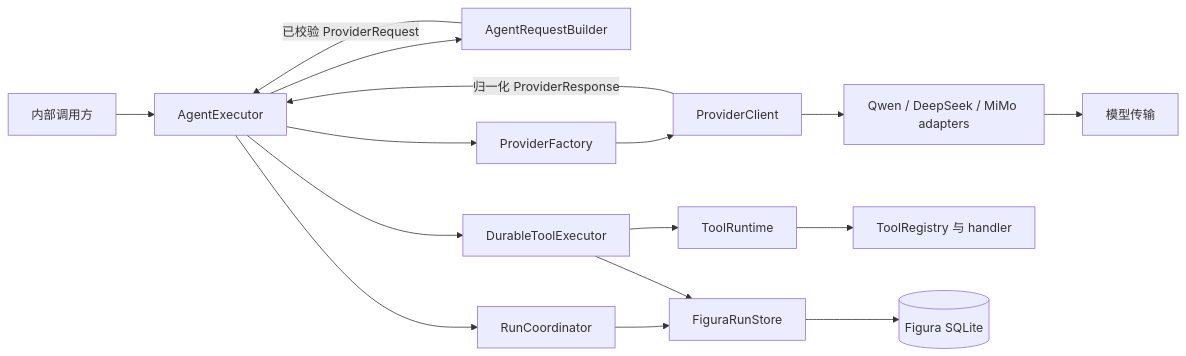
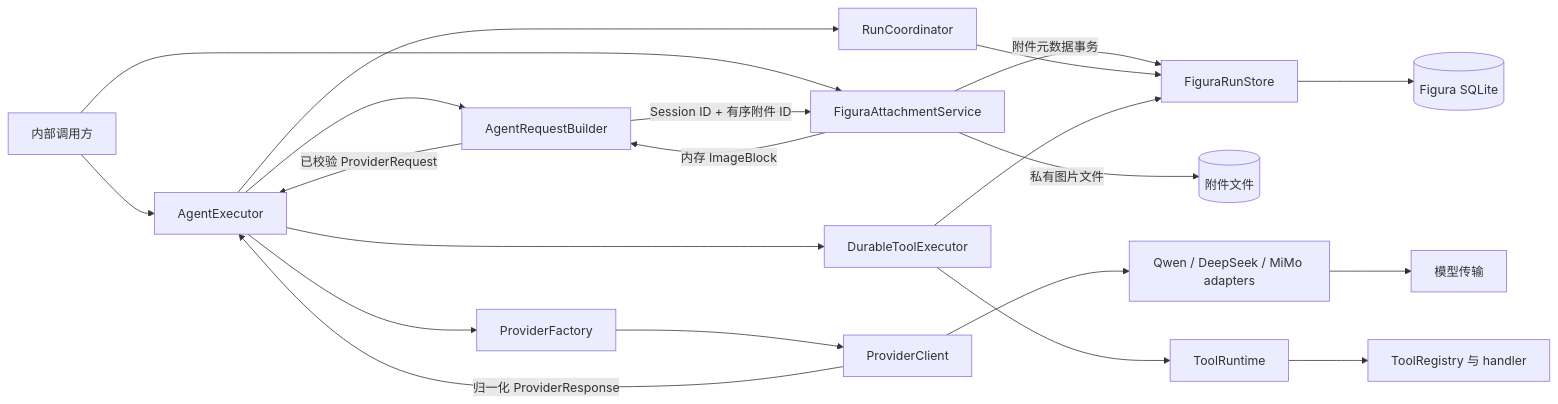
The diagram in docs/figura-implementation-overview.md (YeZibn/Figura), drawn with Mermaid before and after one commit. The commit also changed other lines of this file and 24 other files, not shown here.

Commit message:
feat(attachment): 为 Figura 新增会话关联的图片附件存储与运行时支持

````diff
--- a/docs/figura-implementation-overview.md
+++ b/docs/figura-implementation-overview.md
@@ -21,18 +22,23 @@
 ```mermaid
 flowchart LR
     Caller[内部调用方] --> Agent[AgentExecutor]
+    Caller --> Attachments[FiguraAttachmentService]
     Agent --> Builder[AgentRequestBuilder]
     Builder -->|已校验 ProviderRequest| Agent
+    Builder -->|Session ID + 有序附件 ID| Attachments
+    Attachments -->|内存 ImageBlock| Builder
+    Attachments -->|附件元数据事务| Store[FiguraRunStore]
+    Attachments -->|私有图片文件| Files[(附件文件)]
     Agent --> Coordinator[RunCoordinator]
     Agent --> Factory[ProviderFactory]
     Factory --> Client[ProviderClient]
     Client --> Adapters[Qwen / DeepSeek / MiMo adapters]
     Adapters --> Transport[模型传输]
     Client -->|归一化 ProviderResponse| Agent
     Agent --> ToolExecutor[DurableToolExecutor]
     ToolExecutor --> ToolRuntime[ToolRuntime]
     ToolRuntime --> Registry[ToolRegistry 与 handler]
-    Coordinator --> Store[FiguraRunStore]
+    Coordinator --> Store
     ToolExecutor --> Store
     Store --> SQLite[(Figura SQLite)]
 ```
````
